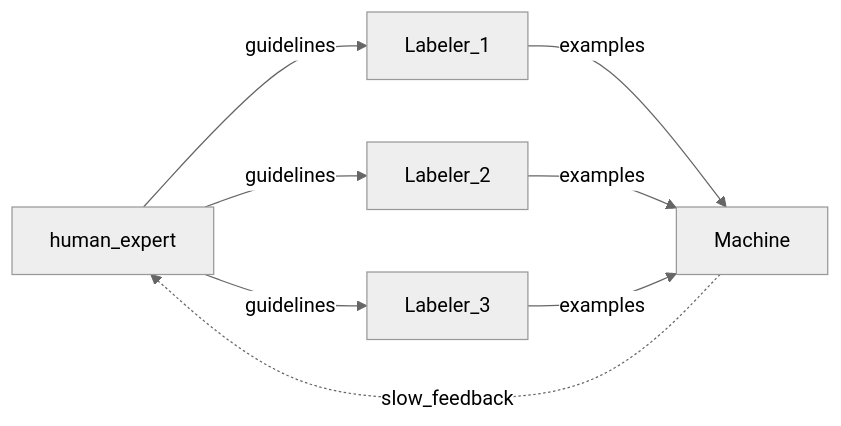
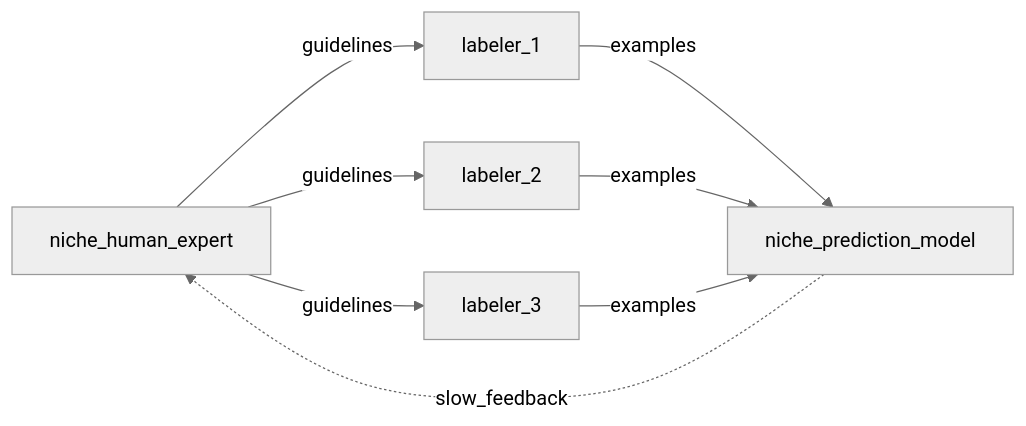
One commit to borisdev/research changed the first of 2 diagrams in tune_foundational_models/README.md. Above: the diagram before and after it, drawn with Mermaid (neutral theme). The commit also changed other lines of this file, not shown here.

Commit message:
fine tune diagram

````diff
--- a/tune_foundational_models/README.md
+++ b/tune_foundational_models/README.md
@@ -13,10 +15,10 @@
 ```mermaid
 flowchart LR
-    human_expert-- guidelines -->Labeler_1
-    human_expert-- guidelines -->Labeler_2
-    human_expert-- guidelines -->Labeler_3
-    Labeler_1-- examples -->Machine
-    Labeler_2-- examples -->Machine
-    Labeler_3-- examples -->Machine
-    Machine-. slow_feedback .-> human_expert
+    niche_human_expert-- guidelines -->labeler_1
+    niche_human_expert-- guidelines -->labeler_2
+    niche_human_expert-- guidelines -->labeler_3
+    labeler_1-- examples -->niche_prediction_model
+    labeler_2-- examples -->niche_prediction_model
+    labeler_3-- examples -->niche_prediction_model
+    niche_prediction_model-. slow_feedback .-> niche_human_expert
 ```
````
